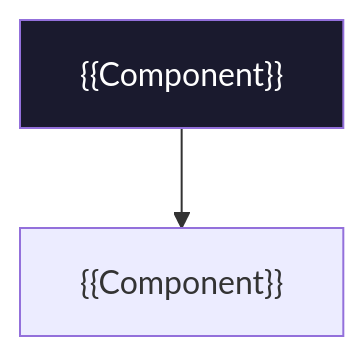
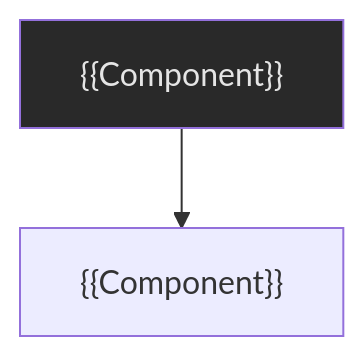
The diagram in templates/readme/README.template.md (n1x-technologies/n1x-cortex), drawn with Mermaid before and after one commit. The commit also changed 8 other files, not shown here.

````diff
--- a/templates/readme/README.template.md
+++ b/templates/readme/README.template.md
@@ -76,5 +76,5 @@
 ```mermaid
 flowchart TB
     A["{{Component}}"] --> B["{{Component}}"]
-    style A fill:#1A1A2E,color:#fff
+    style A fill:#292929,color:#e5e5e5
 ```
````
